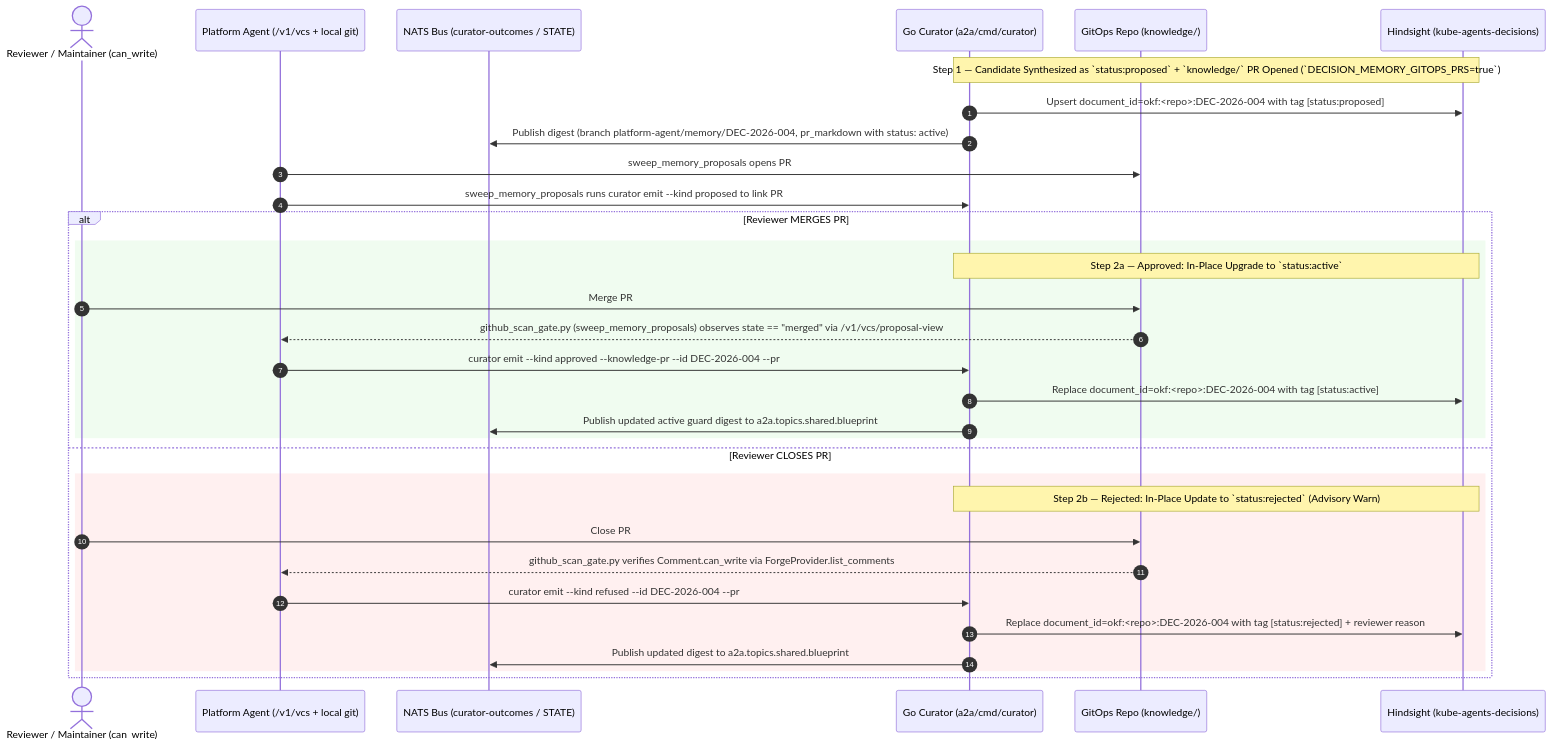
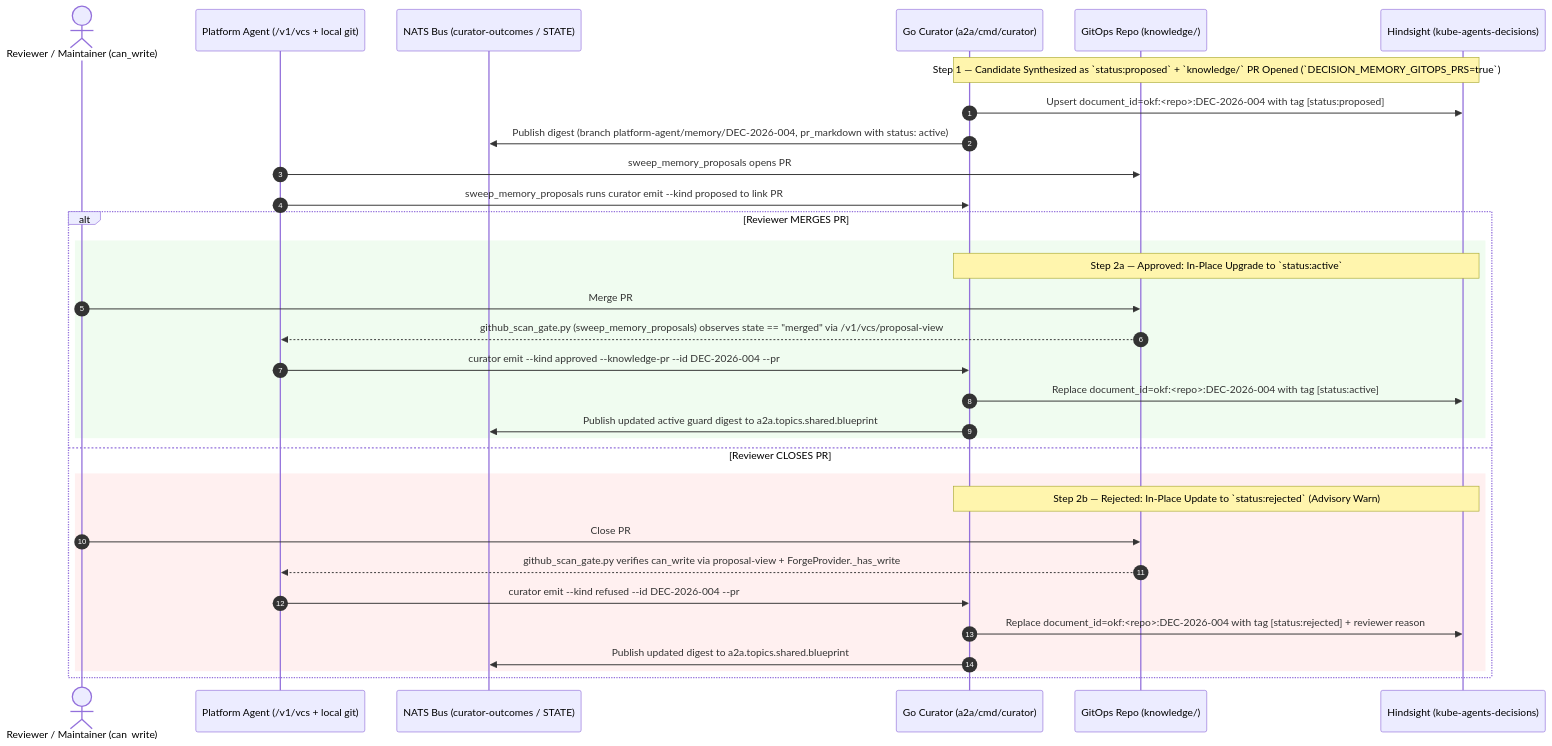
The fifth of 5 diagrams in docs/designs/memory.md (gke-labs/kube-agents), drawn with Mermaid before and after one commit. The commit also changed other lines of this file and 5 other files, not shown here.

````diff
--- a/docs/designs/memory.md
+++ b/docs/designs/memory.md
@@ -650,36 +650,36 @@
 ```mermaid
 sequenceDiagram
   autonumber
   actor U as Reviewer / Maintainer (can_write)
   participant PlA as Platform Agent (/v1/vcs + local git)
   participant NATS as NATS Bus (curator-outcomes / STATE)
   participant Cur as Go Curator (a2a/cmd/curator)
   participant Git as GitOps Repo (knowledge/)
   participant HD as Hindsight (kube-agents-decisions)
 
   Note over Cur,HD: Step 1 — Candidate Synthesized as `status:proposed` + `knowledge/` PR Opened (`DECISION_MEMORY_GITOPS_PRS=true`)
   Cur->>HD: Upsert document_id=okf:<repo>:DEC-2026-004 with tag [status:proposed]
   Cur->>NATS: Publish digest (branch platform-agent/memory/DEC-2026-004, pr_markdown with status: active)
   PlA->>Git: sweep_memory_proposals opens PR #280 via /v1/vcs/* (DEC-2026-004.md on platform-agent/memory/DEC-2026-004)
   PlA->>Cur: sweep_memory_proposals runs curator emit --kind proposed to link PR #280
 
   alt Reviewer MERGES PR #280
     rect rgb(240, 252, 240)
       Note over Cur,HD: Step 2a — Approved: In-Place Upgrade to `status:active`
       U->>Git: Merge PR #280 (unchanged or edited before merge)
       Git-->>PlA: github_scan_gate.py (sweep_memory_proposals) observes state == "merged" via /v1/vcs/proposal-view
       PlA->>Cur: curator emit --kind approved --knowledge-pr --id DEC-2026-004 --pr #280
       Cur->>HD: Replace document_id=okf:<repo>:DEC-2026-004 with tag [status:active]
       Cur->>NATS: Publish updated active guard digest to a2a.topics.shared.blueprint
     end
   else Reviewer CLOSES PR #280 With Technical Rejection
     rect rgb(255, 240, 240)
       Note over Cur,HD: Step 2b — Rejected: In-Place Update to `status:rejected` (Advisory Warn)
       U->>Git: Close PR #280 with rationale comment
-      Git-->>PlA: github_scan_gate.py verifies Comment.can_write via ForgeProvider.list_comments
+      Git-->>PlA: github_scan_gate.py verifies can_write via proposal-view + ForgeProvider._has_write
       PlA->>Cur: curator emit --kind refused --id DEC-2026-004 --pr #280 --reason "EU clusters deploy on Fridays"
       Cur->>HD: Replace document_id=okf:<repo>:DEC-2026-004 with tag [status:rejected] + reviewer reason
       Cur->>NATS: Publish updated digest to a2a.topics.shared.blueprint
     end
   end
 ```
````
